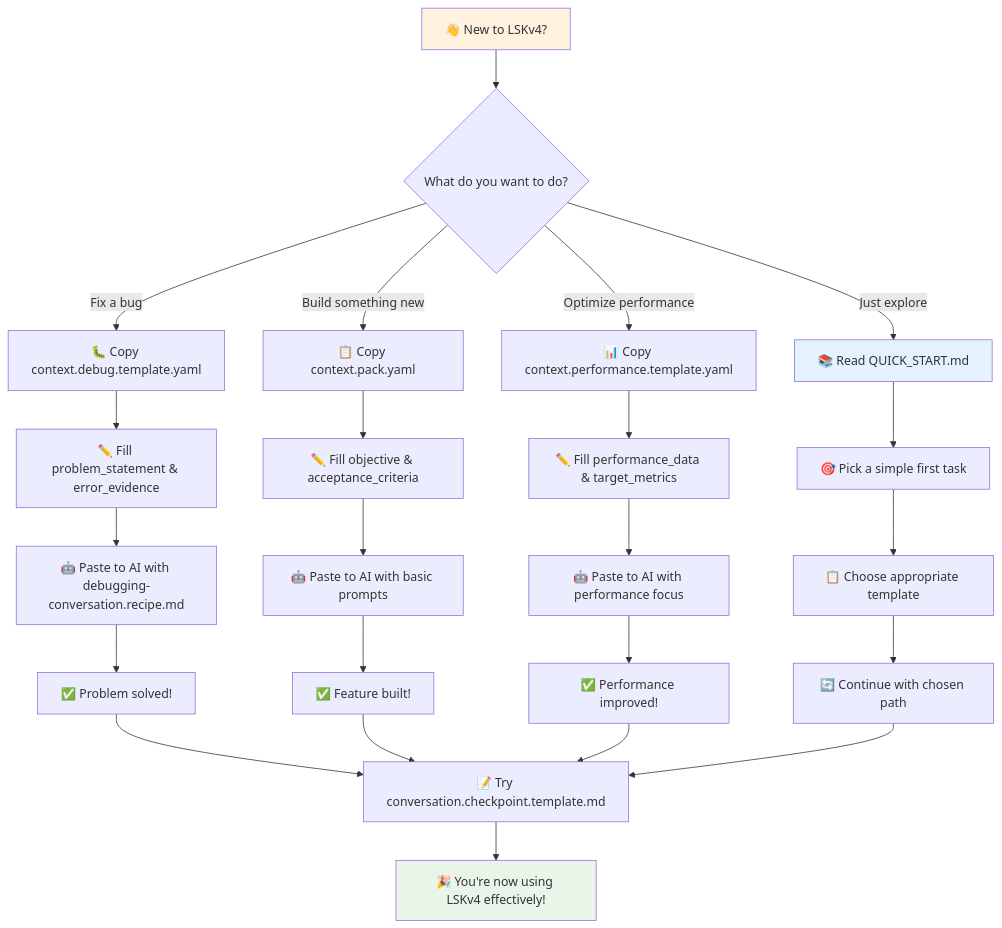
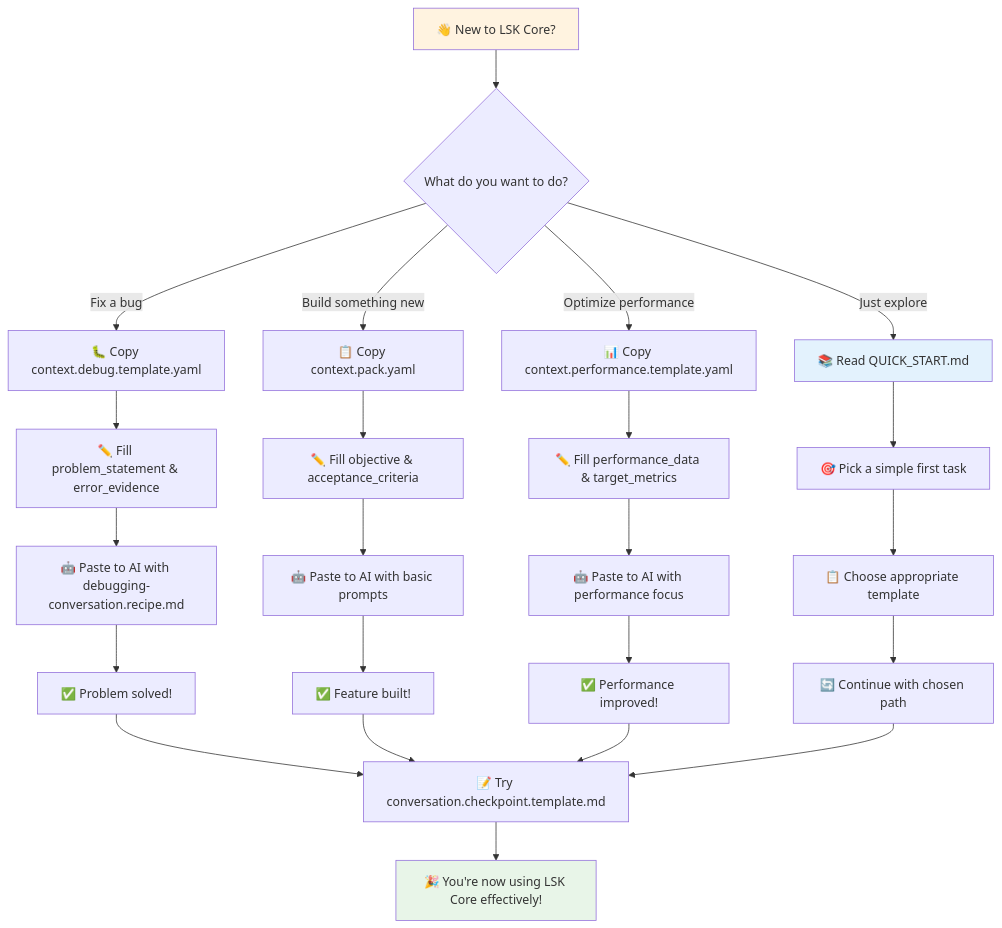
Before and after one commit to languageseed/lsk: the first of 9 diagrams in lsk_core_v1.0.0/core/templates/workflows.md, drawn with Mermaid. The commit also changed other lines of this file and 27 other files, not shown here.

First line of the commit message:
Rebaseline to LSK Core v1.0.0 for public release

````diff
--- a/lsk_core_v1.0.0/core/templates/workflows.md
+++ b/lsk_core_v1.0.0/core/templates/workflows.md
@@ -7,35 +7,35 @@
 ```mermaid
 graph TD
-    A["👋 New to LSKv4?"] --> B{What do you want to do?}
+    A["👋 New to LSK Core?"] --> B{What do you want to do?}
     
     B -->|"Fix a bug"| C["🐛 Copy context.debug.template.yaml"]
     B -->|"Build something new"| D["📋 Copy context.pack.yaml"]
     B -->|"Optimize performance"| E["📊 Copy context.performance.template.yaml"]
     B -->|"Just explore"| F["📚 Read QUICK_START.md"]
     
     C --> G["✏️ Fill problem_statement & error_evidence"]
     D --> H["✏️ Fill objective & acceptance_criteria"]
     E --> I["✏️ Fill performance_data & target_metrics"]
     F --> J["🎯 Pick a simple first task"]
     
     G --> K["🤖 Paste to AI with debugging-conversation.recipe.md"]
     H --> L["🤖 Paste to AI with basic prompts"]
     I --> M["🤖 Paste to AI with performance focus"]
     J --> N["📋 Choose appropriate template"]
     
     K --> O["✅ Problem solved!"]
     L --> P["✅ Feature built!"]
     M --> Q["✅ Performance improved!"]
     N --> R["🔄 Continue with chosen path"]
     
     O --> S["📝 Try conversation.checkpoint.template.md"]
     P --> S
     Q --> S
     R --> S
     
-    S --> T["🎉 You're now using LSKv4 effectively!"]
+    S --> T["🎉 You're now using LSK Core effectively!"]
     
     style A fill:#fff3e0
     style T fill:#e8f5e8
     style F fill:#e3f2fd
 ```
````
